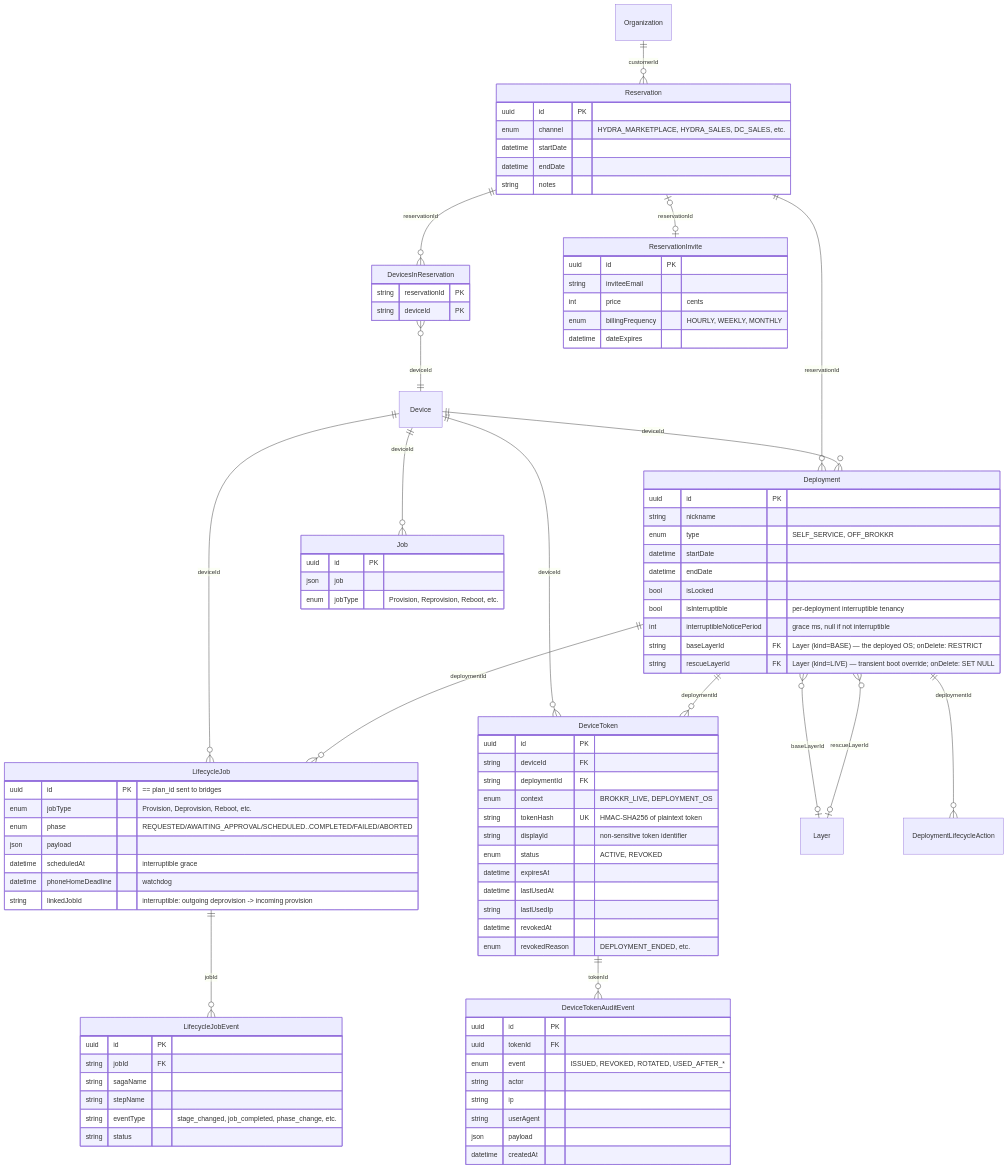
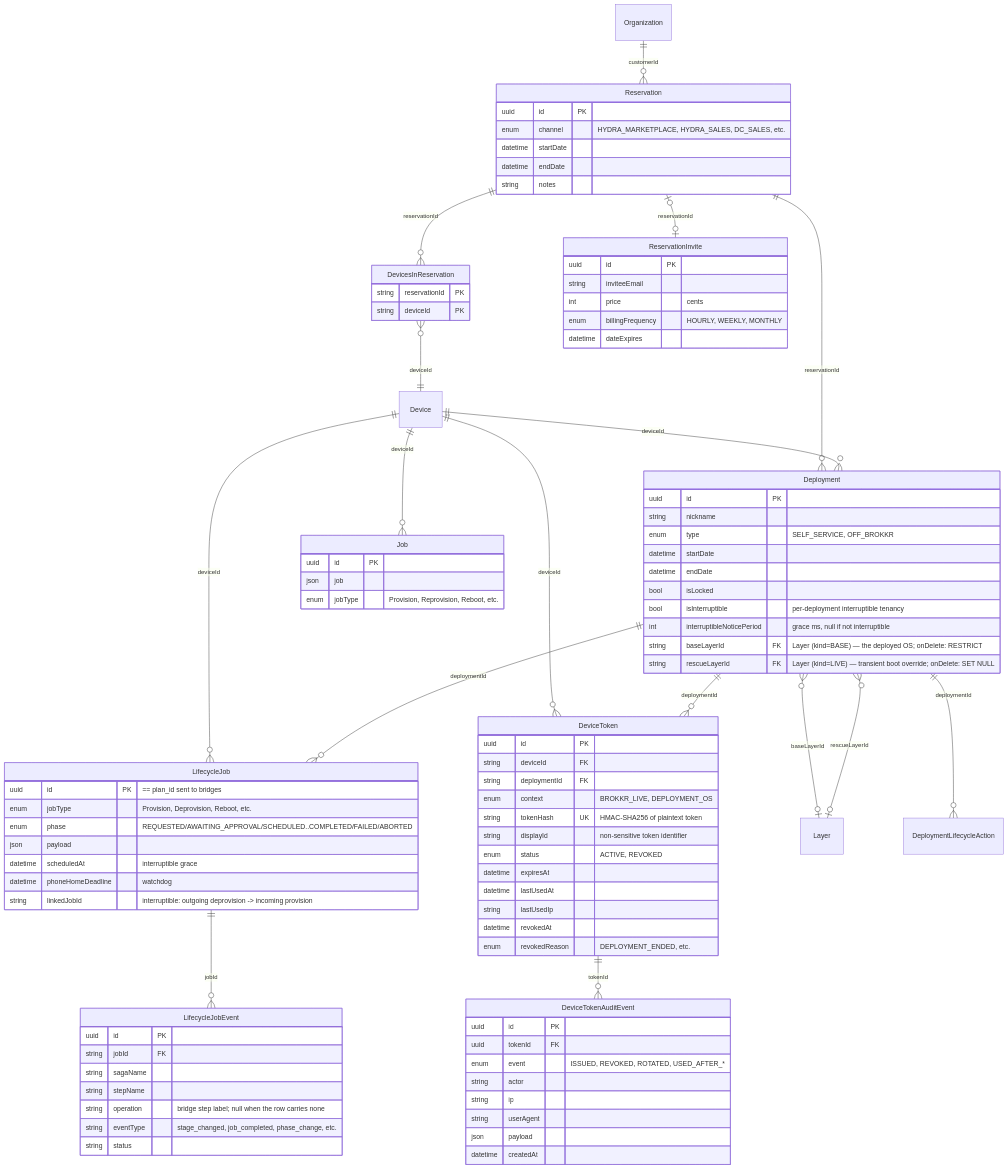
Diagram 14 of 20 in packages/database/SCHEMA_DIAGRAM.md (Hydra-Host/Brokkr), drawn with Mermaid before and after one commit. The commit also changed other lines of this file and 626 other files, not shown here.

```diff
--- a/packages/database/SCHEMA_DIAGRAM.md
+++ b/packages/database/SCHEMA_DIAGRAM.md
@@ -929,6 +930,7 @@
         string jobId FK
         string sagaName
         string stepName
+        string operation "bridge step label; null when the row carries none"
         string eventType "stage_changed, job_completed, phase_change, etc."
         string status
     }
```
